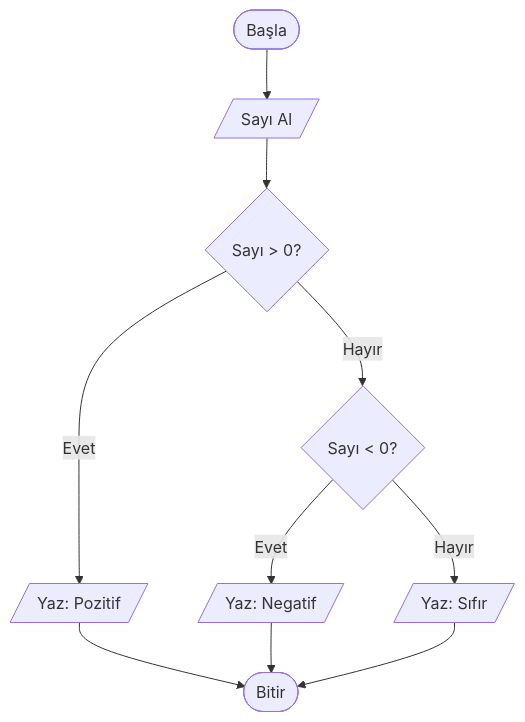
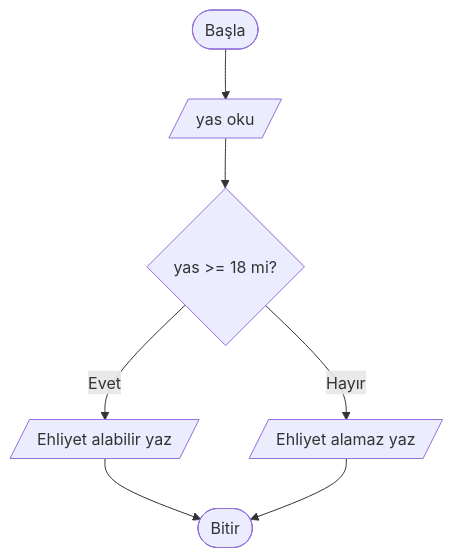
One commit to abdullatifkaban/Algorithm changed the fifth of 5 diagrams in Topics/04-Decision-Structures.md. Above: the diagram before and after it, drawn with Mermaid. The commit also changed other lines of this file and 33 other files, not shown here.

````diff
--- a/Topics/04-Decision-Structures.md
+++ b/Topics/04-Decision-Structures.md
@@ -150,13 +281,9 @@
 ```mermaid
 flowchart TD
-    A([Başla]) --> B[/Sayı Al/]
-    B --> C{Sayı > 0?}
-    C -- Evet --> D[/Yaz: Pozitif/]
-    C -- Hayır --> E{Sayı < 0?}
-    E -- Evet --> F[/Yaz: Negatif/]
-    E -- Hayır --> G[/Yaz: Sıfır/]
-    D --> H([Bitir])
-    F --> H
-    G --> H
-
+    A(["Başla"]) --> B[/"yas oku"/]
+    B --> C{"yas >= 18 mi?"}
+    C -->|"Evet"| D[/"Ehliyet alabilir yaz"/]
+    C -->|"Hayır"| E[/"Ehliyet alamaz yaz"/]
+    D --> F(["Bitir"])
+    E --> F
 ```
````
